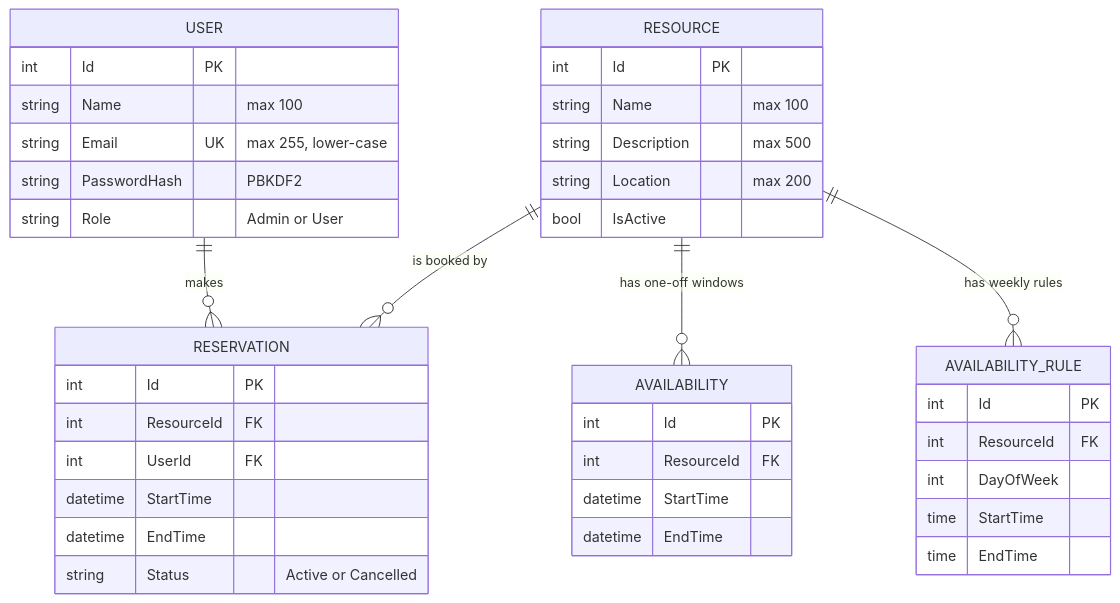
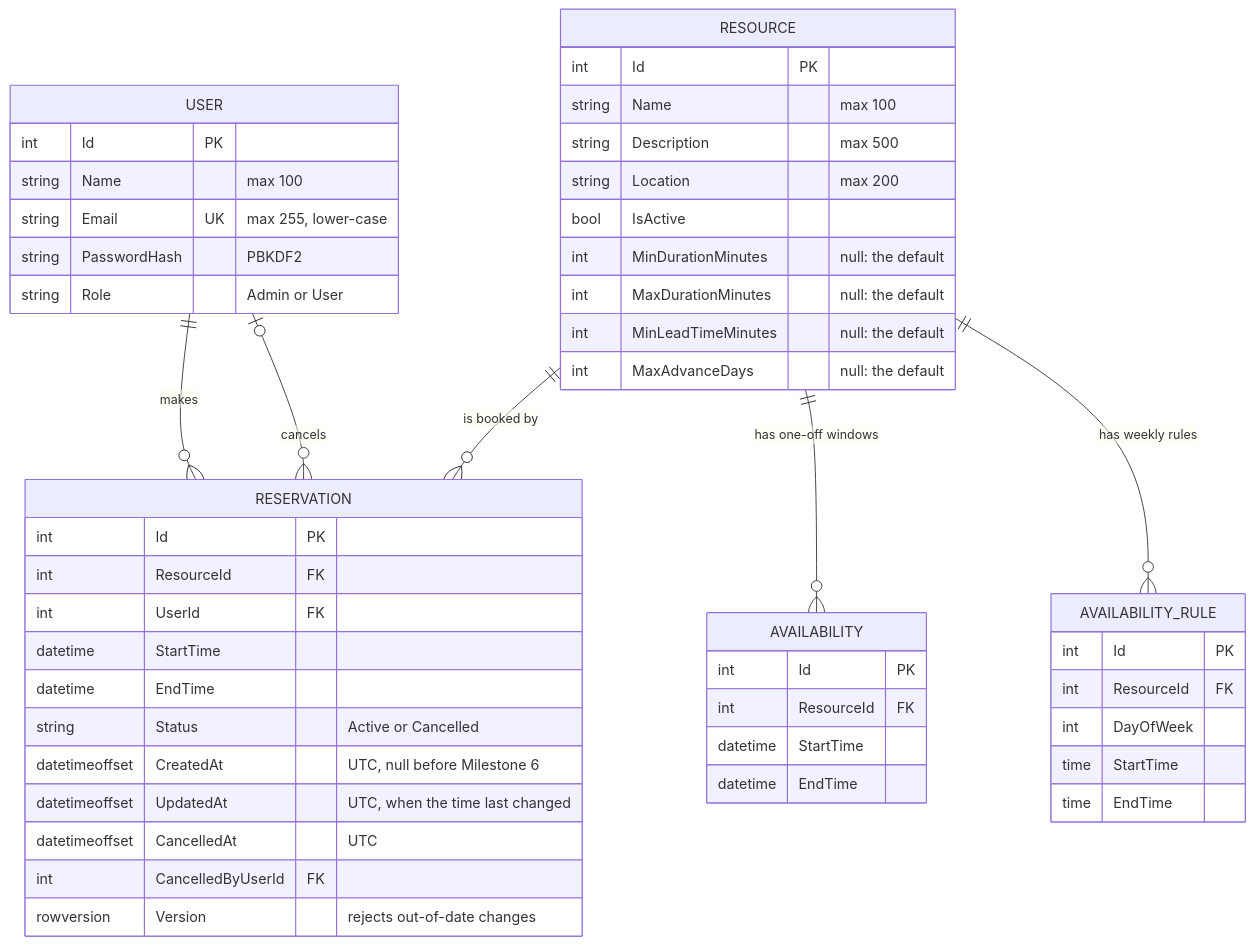
Before and after one commit to Andershgras/resource-reservation-system: the third of 4 diagrams in docs/architecture.md, drawn with Mermaid. The commit also changed other lines of this file and 8 other files, not shown here.

````diff
--- a/docs/architecture.md
+++ b/docs/architecture.md
@@ -82,43 +94,53 @@
 ```mermaid
 erDiagram
     USER ||--o{ RESERVATION : makes
+    USER |o--o{ RESERVATION : cancels
     RESOURCE ||--o{ RESERVATION : "is booked by"
     RESOURCE ||--o{ AVAILABILITY : "has one-off windows"
     RESOURCE ||--o{ AVAILABILITY_RULE : "has weekly rules"
 
     USER {
         int Id PK
         string Name "max 100"
         string Email UK "max 255, lower-case"
         string PasswordHash "PBKDF2"
         string Role "Admin or User"
     }
     RESOURCE {
         int Id PK
         string Name "max 100"
         string Description "max 500"
         string Location "max 200"
         bool IsActive
+        int MinDurationMinutes "null: the default"
+        int MaxDurationMinutes "null: the default"
+        int MinLeadTimeMinutes "null: the default"
+        int MaxAdvanceDays "null: the default"
     }
     AVAILABILITY {
         int Id PK
         int ResourceId FK
         datetime StartTime
         datetime EndTime
     }
     AVAILABILITY_RULE {
         int Id PK
         int ResourceId FK
         int DayOfWeek
         time StartTime
         time EndTime
     }
     RESERVATION {
         int Id PK
         int ResourceId FK
         int UserId FK
         datetime StartTime
         datetime EndTime
         string Status "Active or Cancelled"
+        datetimeoffset CreatedAt "UTC, null before Milestone 6"
+        datetimeoffset UpdatedAt "UTC, when the time last changed"
+        datetimeoffset CancelledAt "UTC"
+        int CancelledByUserId FK
+        rowversion Version "rejects out-of-date changes"
     }
 ```
````
